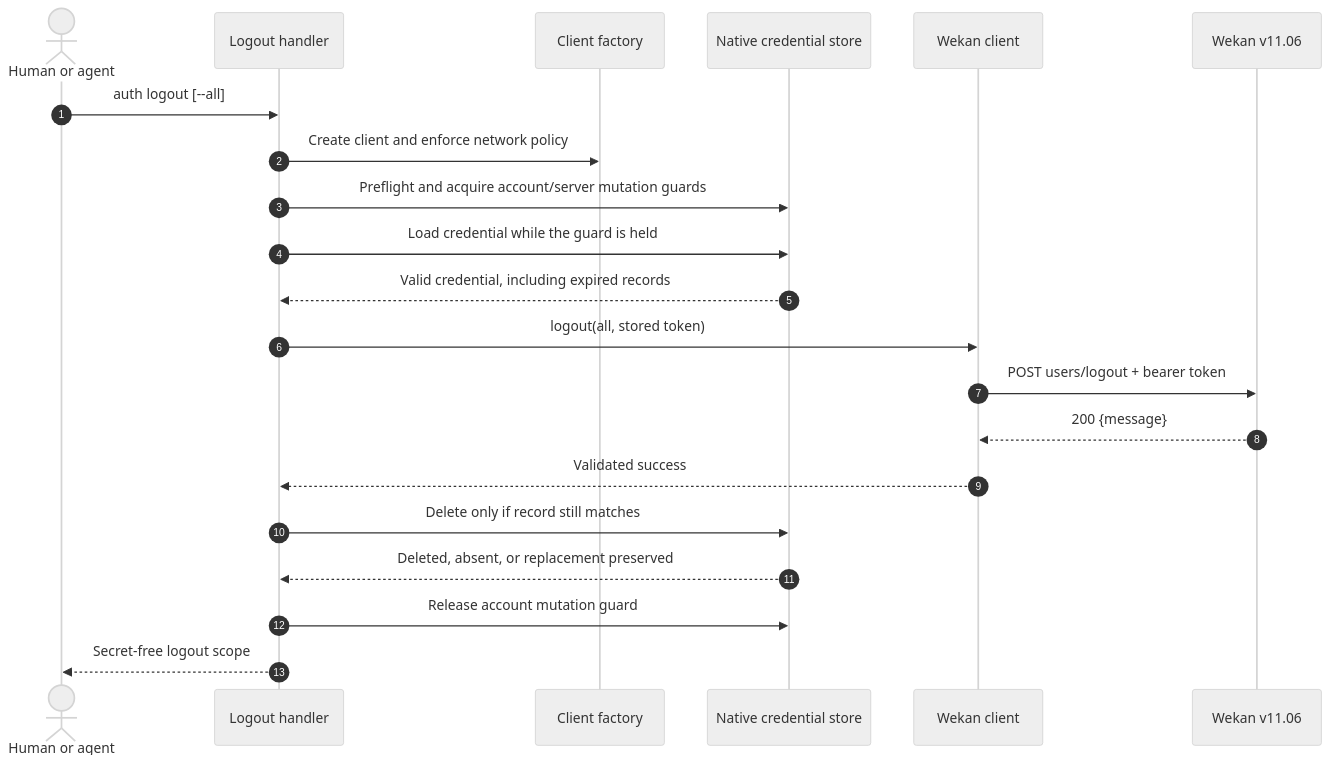
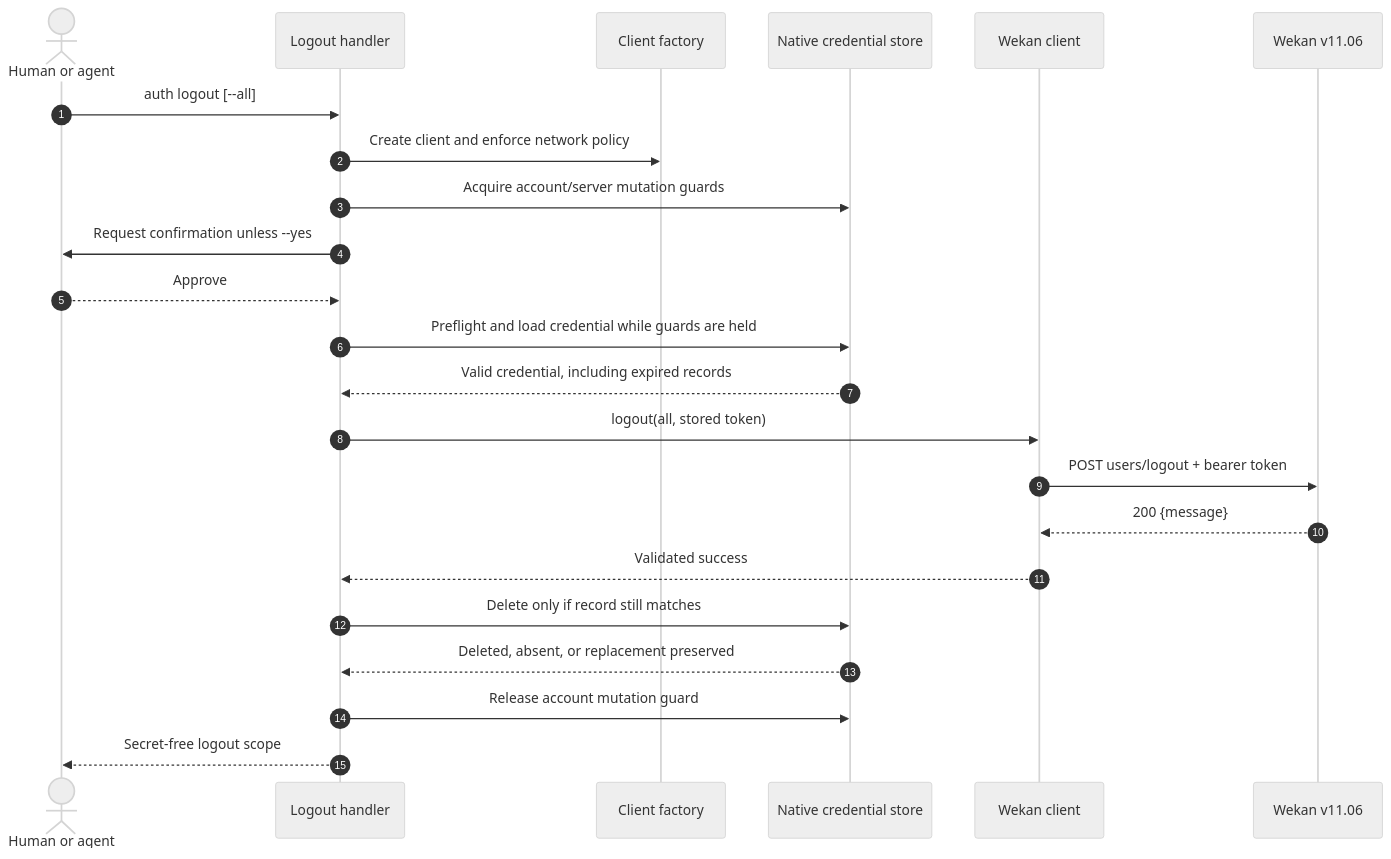
The fifth of 11 diagrams in docs/auth-architecture.md (AhmedLukman/wekan-cli), drawn with Mermaid (neutral theme) before and after one commit. The commit also changed other lines of this file and 19 other files, not shown here.

Commit message:
feat: add explicit --yes confirmation for destructive auth and profile commands

````diff
--- a/docs/auth-architecture.md
+++ b/docs/auth-architecture.md
@@ -239,24 +239,26 @@
 ```mermaid
 sequenceDiagram
     autonumber
     actor Caller as Human or agent
     participant Handler as Logout handler
     participant Factory as Client factory
     participant Vault as Native credential store
     participant Client as Wekan client
     participant Wekan as Wekan v11.06
 
     Caller->>Handler: auth logout [--all]
     Handler->>Factory: Create client and enforce network policy
-    Handler->>Vault: Preflight and acquire account/server mutation guards
-    Handler->>Vault: Load credential while the guard is held
+    Handler->>Vault: Acquire account/server mutation guards
+    Handler->>Caller: Request confirmation unless --yes
+    Caller-->>Handler: Approve
+    Handler->>Vault: Preflight and load credential while guards are held
     Vault-->>Handler: Valid credential, including expired records
     Handler->>Client: logout(all, stored token)
     Client->>Wekan: POST users/logout + bearer token
     Wekan-->>Client: 200 {message}
     Client-->>Handler: Validated success
     Handler->>Vault: Delete only if record still matches
     Vault-->>Handler: Deleted, absent, or replacement preserved
     Handler->>Vault: Release account mutation guard
     Handler-->>Caller: Secret-free logout scope
 ```
````
